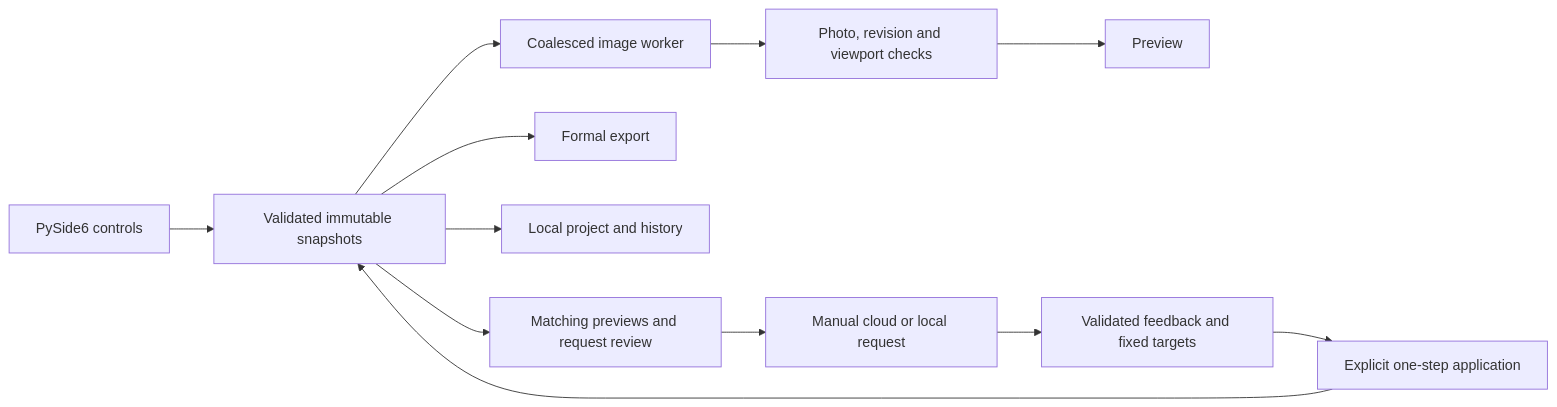
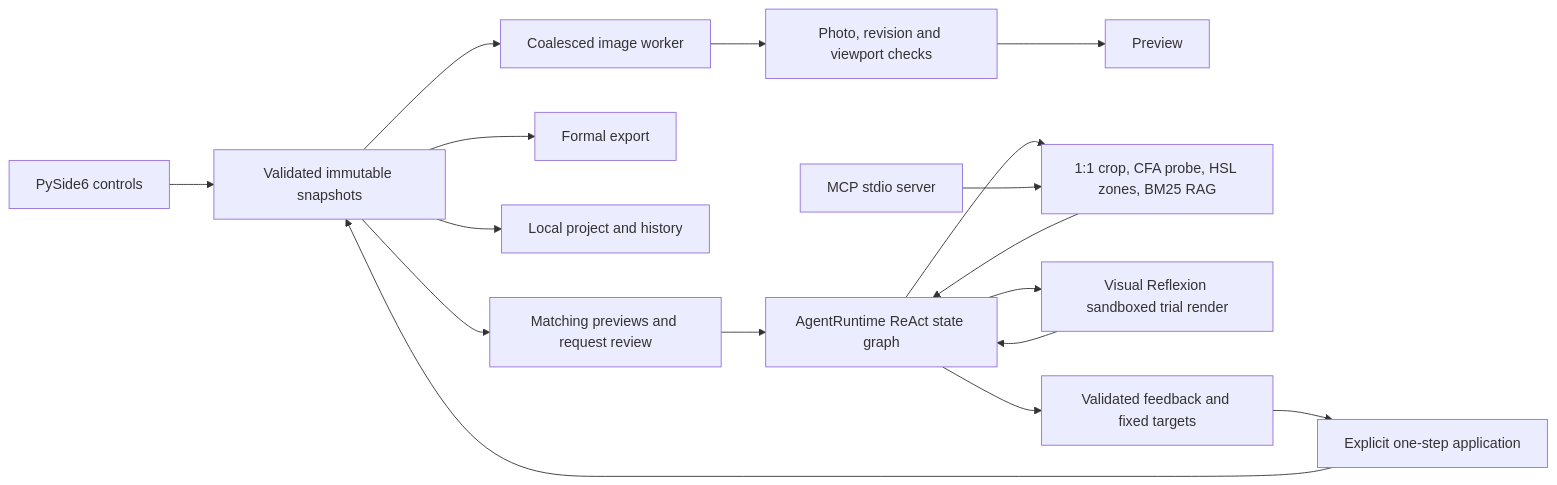
Before and after one commit to Xin-Chen-Max/photocoach-desktop: the diagram in docs/architecture.md, drawn with Mermaid. The commit also changed other lines of this file and 3 other files, not shown here.

Commit message:
Update Download section, Mermaid architecture diagram, usage docs, and test metrics for 0.12.1

````diff
--- a/docs/architecture.md
+++ b/docs/architecture.md
@@ -5,14 +5,19 @@
 ```mermaid
 flowchart LR
     UI[PySide6 controls] --> State[Validated immutable snapshots]
     State --> Render[Coalesced image worker]
     Render --> Guard[Photo, revision and viewport checks]
     Guard --> View[Preview]
     State --> Export[Formal export]
     State --> Project[Local project and history]
     State --> Review[Matching previews and request review]
-    Review --> Provider[Manual cloud or local request]
-    Provider --> Feedback[Validated feedback and fixed targets]
+    Review --> Runtime[AgentRuntime ReAct state graph]
+    Runtime --> Tools[1:1 crop, CFA probe, HSL zones, BM25 RAG]
+    Tools --> Runtime
+    Runtime --> Trial[Visual Reflexion sandboxed trial render]
+    Trial --> Runtime
+    Runtime --> Feedback[Validated feedback and fixed targets]
     Feedback --> Apply[Explicit one-step application]
     Apply --> State
+    MCP[MCP stdio server] --> Tools
 ```
````
